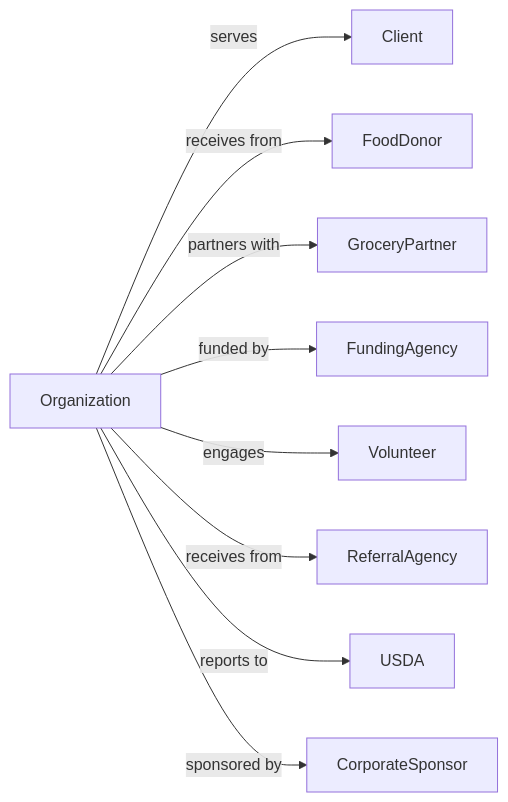
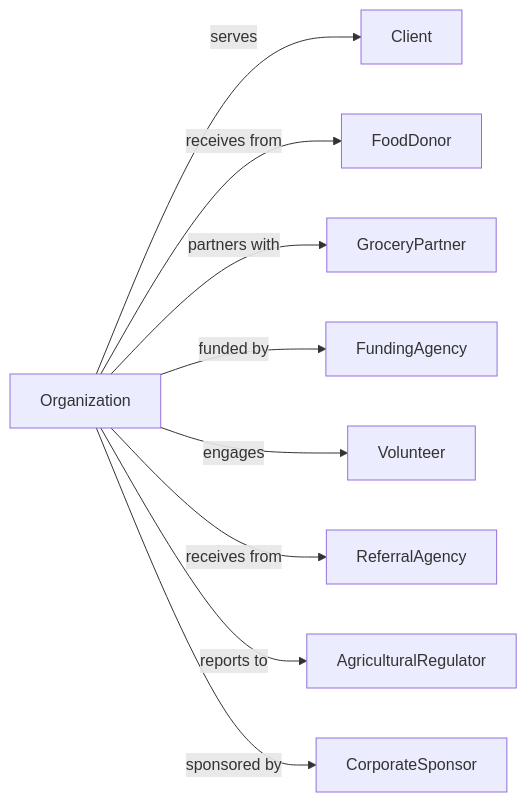
The second of 2 diagrams in HealthCare/SocialAssistance/CommunityFoodAndHousingAndEmergencyAndOtherReliefServices/CommunityFoodServices.mdx (dot-org-ai/industries.org.ai), drawn with Mermaid before and after one commit. The commit also changed other lines of this file and 588 other files, not shown here.

````diff
--- a/HealthCare/SocialAssistance/CommunityFoodAndHousingAndEmergencyAndOtherReliefServices/CommunityFoodServices.mdx
+++ b/HealthCare/SocialAssistance/CommunityFoodAndHousingAndEmergencyAndOtherReliefServices/CommunityFoodServices.mdx
@@ -140,13 +140,13 @@
 ```mermaid
 graph LR
     O[Organization]
 
     O -->|serves| Client
     O -->|receives from| FoodDonor
     O -->|partners with| GroceryPartner
     O -->|funded by| FundingAgency
     O -->|engages| Volunteer
     O -->|receives from| ReferralAgency
-    O -->|reports to| USDA
+    O -->|reports to| AgriculturalRegulator
     O -->|sponsored by| CorporateSponsor
 ```
````
